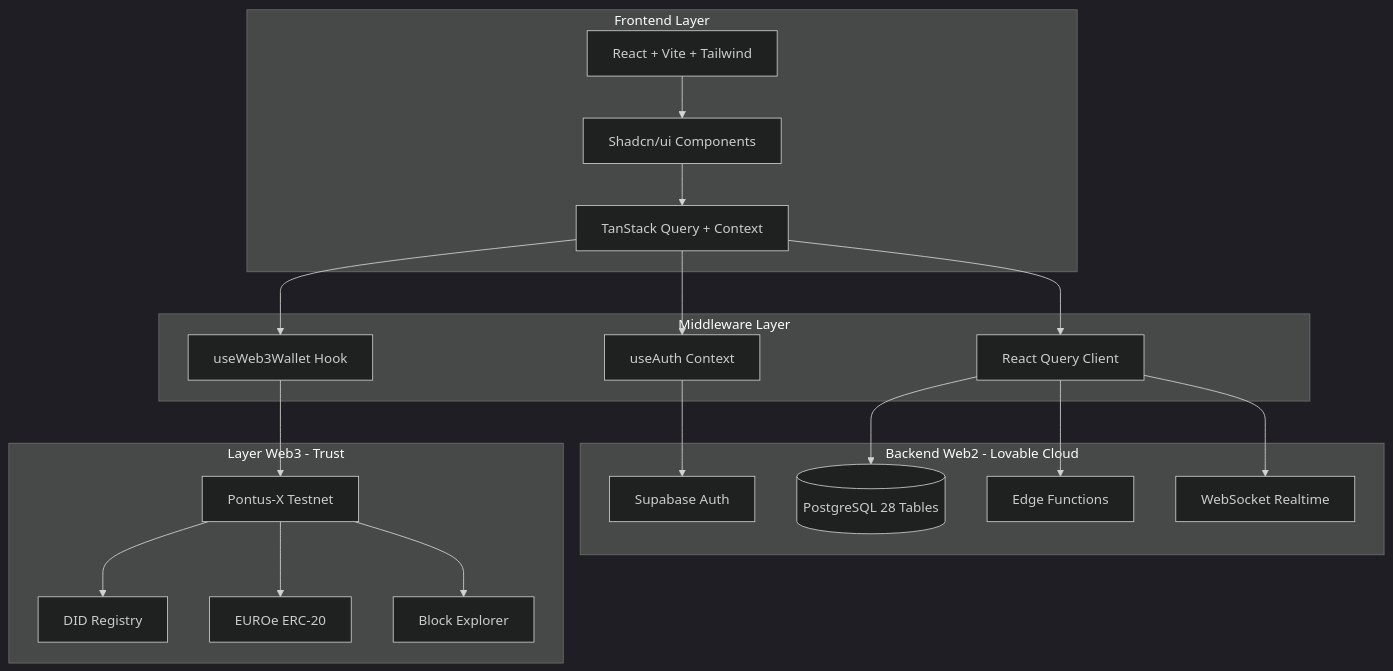
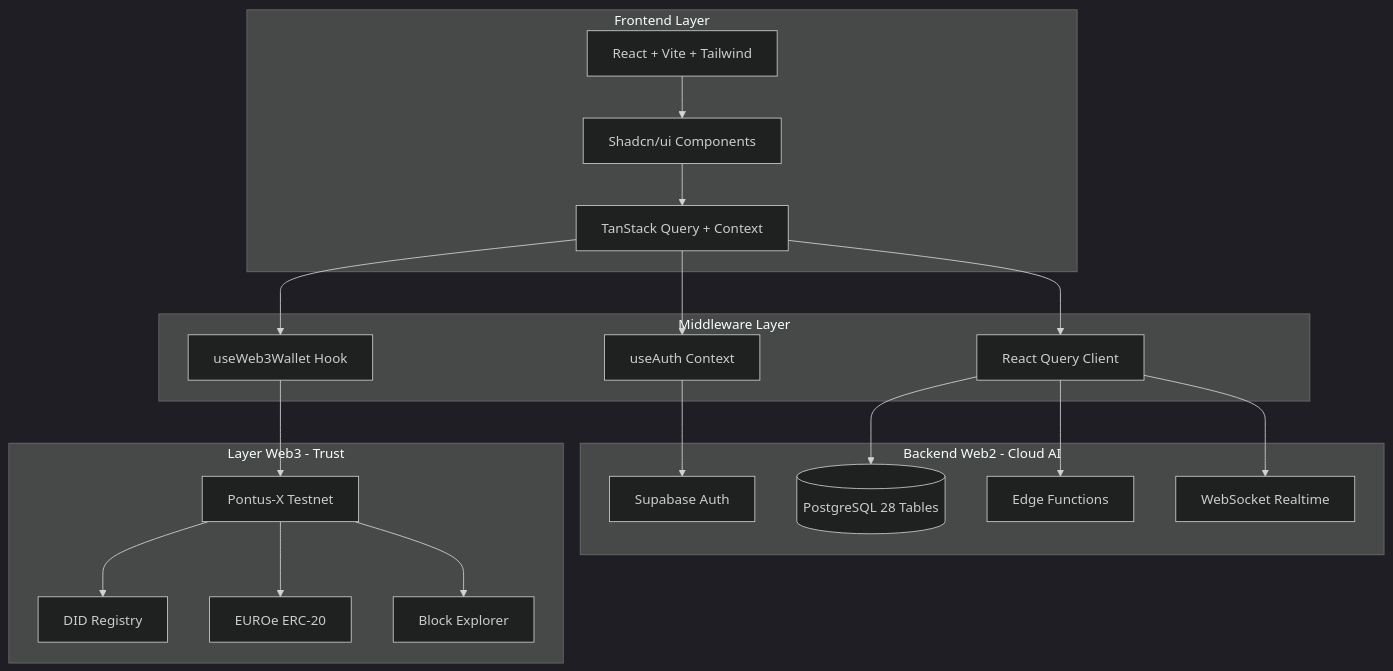
One commit to Ullswater-Investments/snuggle-app-studio changed the second of 15 diagrams in docs/DOCUMENTO_TECNICO.md. Above: the diagram before and after it, drawn with Mermaid (dark theme). The commit also changed other lines of this file and 26 other files, not shown here.

````diff
--- a/docs/DOCUMENTO_TECNICO.md
+++ b/docs/DOCUMENTO_TECNICO.md
@@ -265,44 +265,44 @@
 ```mermaid
 graph TB
     subgraph "Frontend Layer"
         UI[React + Vite + Tailwind]
         Components[Shadcn/ui Components]
         State[TanStack Query + Context]
     end
     
     subgraph "Middleware Layer"
         AuthContext[useAuth Context]
         Web3Hook[useWeb3Wallet Hook]
         QueryClient[React Query Client]
     end
     
-    subgraph "Backend Web2 - Lovable Cloud"
+    subgraph "Backend Web2 - Cloud AI"
         Auth[Supabase Auth]
         DB[(PostgreSQL 28 Tables)]
         Edge[Edge Functions]
         Realtime[WebSocket Realtime]
     end
     
     subgraph "Layer Web3 - Trust"
         Pontus[Pontus-X Testnet]
         DID[DID Registry]
         EUROe[EUROe ERC-20]
         Explorer[Block Explorer]
     end
     
     UI --> Components
     Components --> State
     State --> AuthContext
     State --> Web3Hook
     State --> QueryClient
     
     AuthContext --> Auth
     QueryClient --> DB
     QueryClient --> Edge
     QueryClient --> Realtime
     
     Web3Hook --> Pontus
     Pontus --> DID
     Pontus --> EUROe
     Pontus --> Explorer
 ```
````
